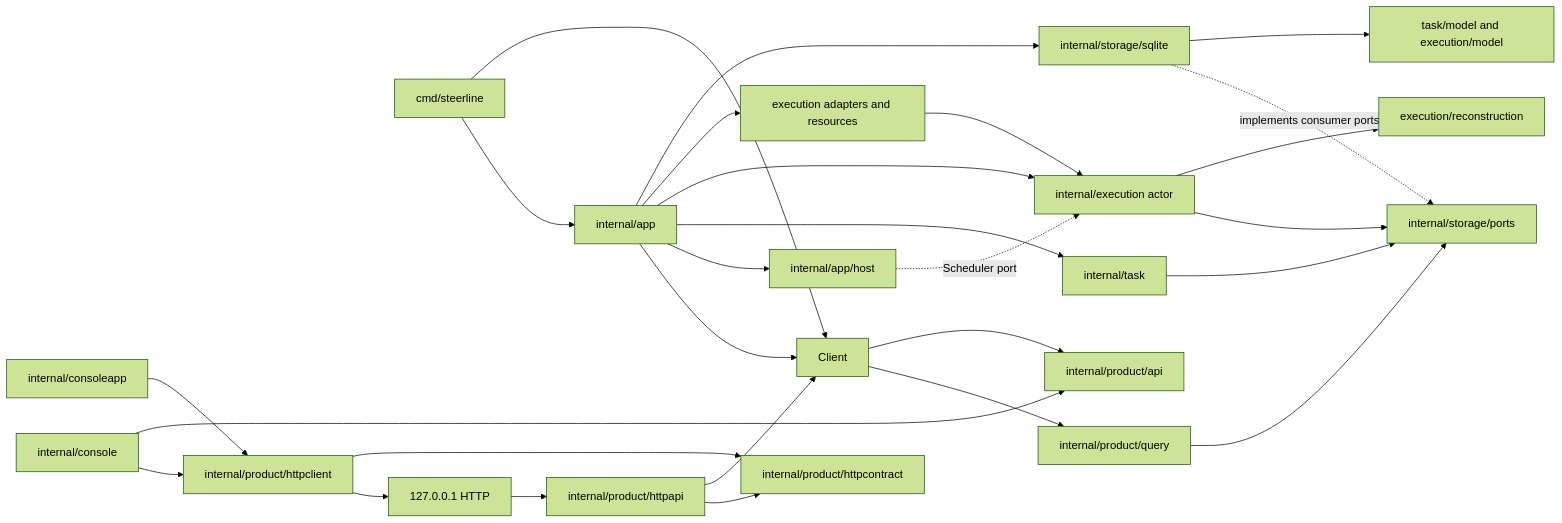
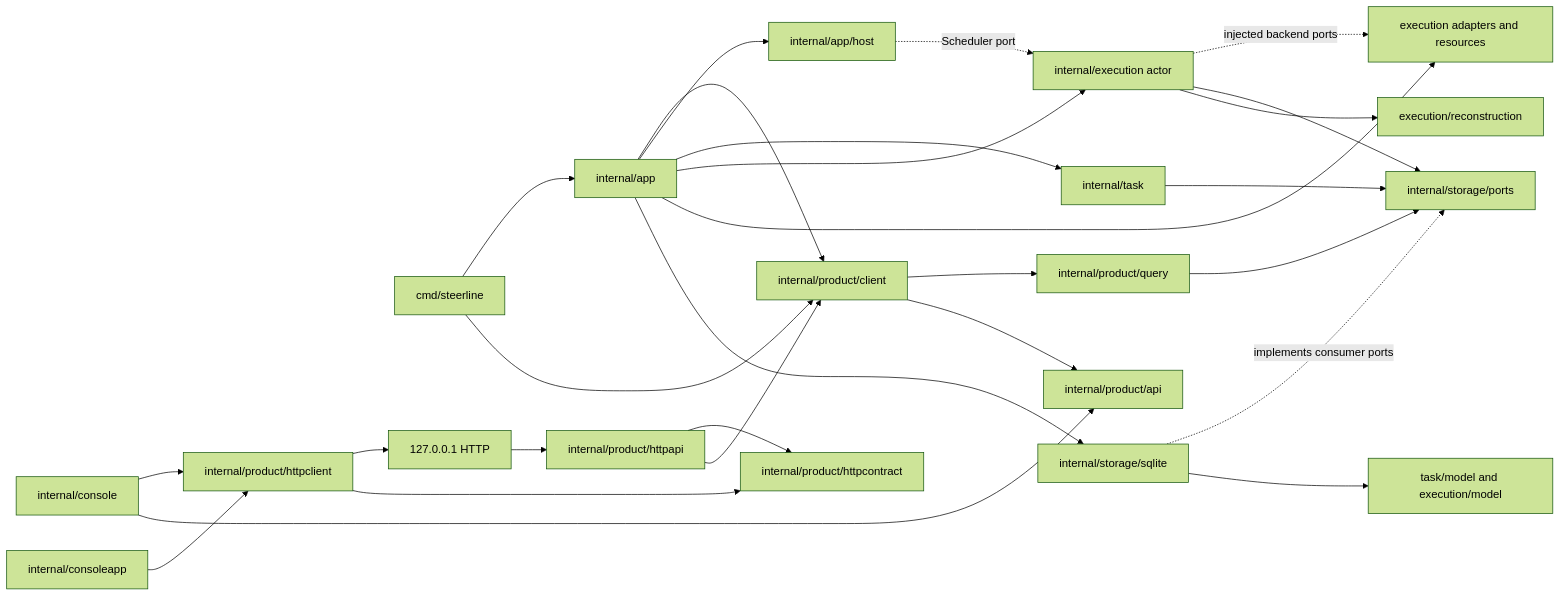
The first of 2 diagrams in docs/architecture/current-code-architecture.md (erranliu/SteerLine), drawn with Mermaid (forest theme) before and after one commit. The commit also changed other lines of this file and 32 other files, not shown here.

Commit message:
docs: update HTTP architecture and draft decoupling roadmap

````diff
--- a/docs/architecture/current-code-architecture.md
+++ b/docs/architecture/current-code-architecture.md
@@ -15,29 +15,29 @@
 ```mermaid
 flowchart LR
     CLI[cmd/steerline] --> App[internal/app]
     TUI[internal/console] --> HC[internal/product/httpclient]
     Assembly[internal/consoleapp] --> HC
     HC --> HTTP[127.0.0.1 HTTP]
     HC --> Contract[internal/product/httpcontract]
-    CLI --> Client
+    CLI --> Client[internal/product/client]
     App --> Client
     HTTPAPI --> Contract
     HTTP --> HTTPAPI[internal/product/httpapi]
     HTTPAPI --> Client
     App --> Host[internal/app/host]
     Host -. Scheduler port .-> Exec[internal/execution actor]
     App --> Task[internal/task]
     App --> Exec
     App --> Adapters[execution adapters and resources]
-    Adapters --> Exec
+    Exec -. injected backend ports .-> Adapters
     Task --> Ports[internal/storage/ports]
     Exec --> Ports
     Query[internal/product/query] --> Ports
     Client --> Query
     Client --> API[internal/product/api]
     TUI --> API
     App --> SQLite[internal/storage/sqlite]
     SQLite -. implements consumer ports .-> Ports
     SQLite --> Model[task/model and execution/model]
     Exec --> Rebuild[execution/reconstruction]
 ```
````
